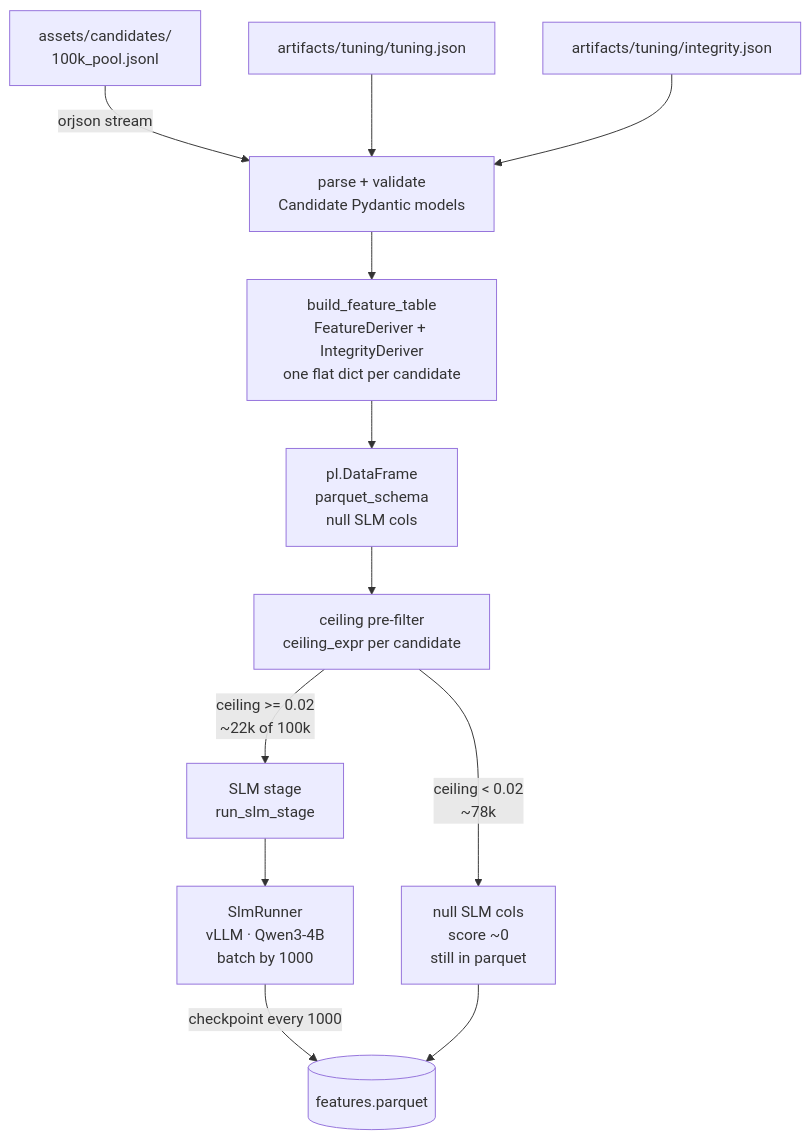
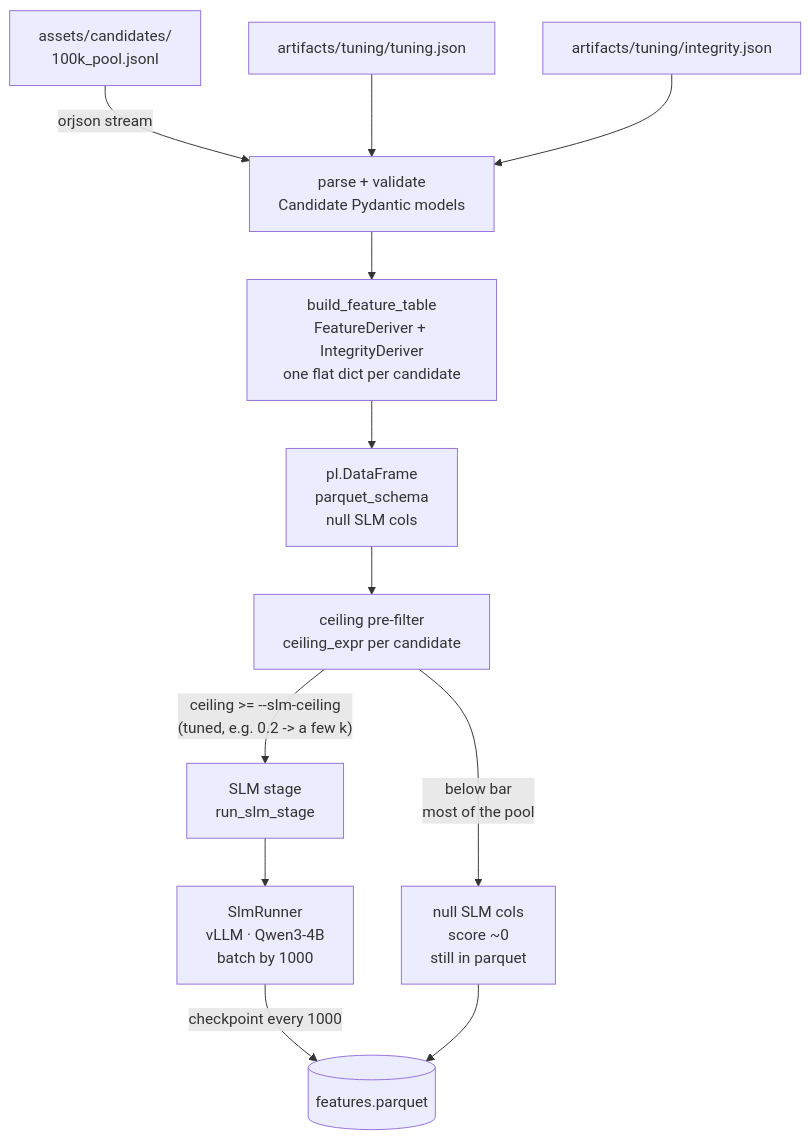
Before and after one commit to ankitkr-04/candidate-ranker-v2: the diagram in docs/precompute.md, drawn with Mermaid. The commit also changed other lines of this file and 2 other files, not shown here.

Commit message:
Enhance documentation for precompute and ranking stages, clarifying SLM ceiling tuning and its impact on candidate selection

````diff
--- a/docs/precompute.md
+++ b/docs/precompute.md
@@ -7,17 +7,17 @@
 ```mermaid
 flowchart TD
     CAND[assets/candidates/\n100k_pool.jsonl] -->|orjson stream| PARSE[parse + validate\nCandidate Pydantic models]
     TJ[artifacts/tuning/tuning.json] --> PARSE
     IJ[artifacts/tuning/integrity.json] --> PARSE
 
     PARSE --> FEAT[build_feature_table\nFeatureDeriver + IntegrityDeriver\none flat dict per candidate]
     FEAT --> TABLE[pl.DataFrame\nparquet_schema\nnull SLM cols]
 
     TABLE --> CEIL[ceiling pre-filter\nceiling_expr per candidate]
-    CEIL -->|ceiling >= 0.02\n~22k of 100k| SLM[SLM stage\nrun_slm_stage]
-    CEIL -->|ceiling < 0.02\n~78k| SKIP[null SLM cols\nscore ~0\nstill in parquet]
+    CEIL -->|"ceiling >= --slm-ceiling\n(tuned, e.g. 0.2 -> a few k)"| SLM[SLM stage\nrun_slm_stage]
+    CEIL -->|"below bar\nmost of the pool"| SKIP[null SLM cols\nscore ~0\nstill in parquet]
 
     SLM --> BATCH[SlmRunner\nvLLM · Qwen3-4B\nbatch by 1000]
     BATCH -->|checkpoint every 1000| FP[(features.parquet)]
     SKIP --> FP
 ```
````
